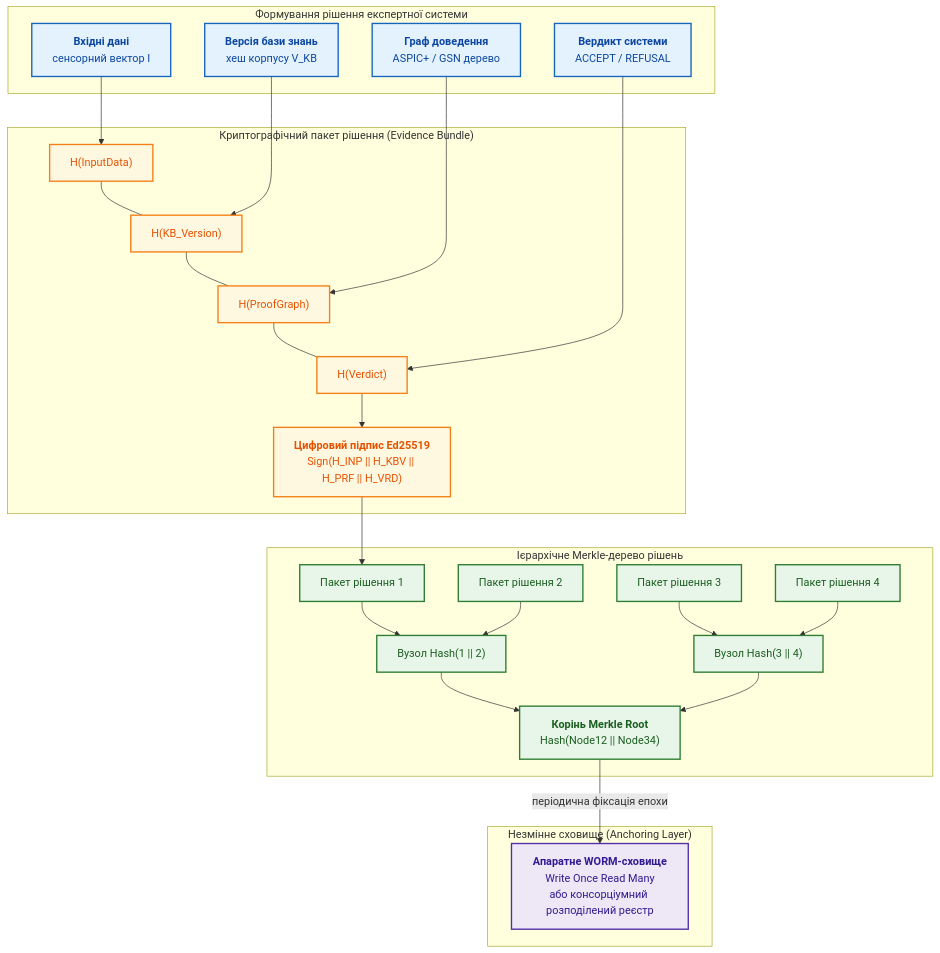
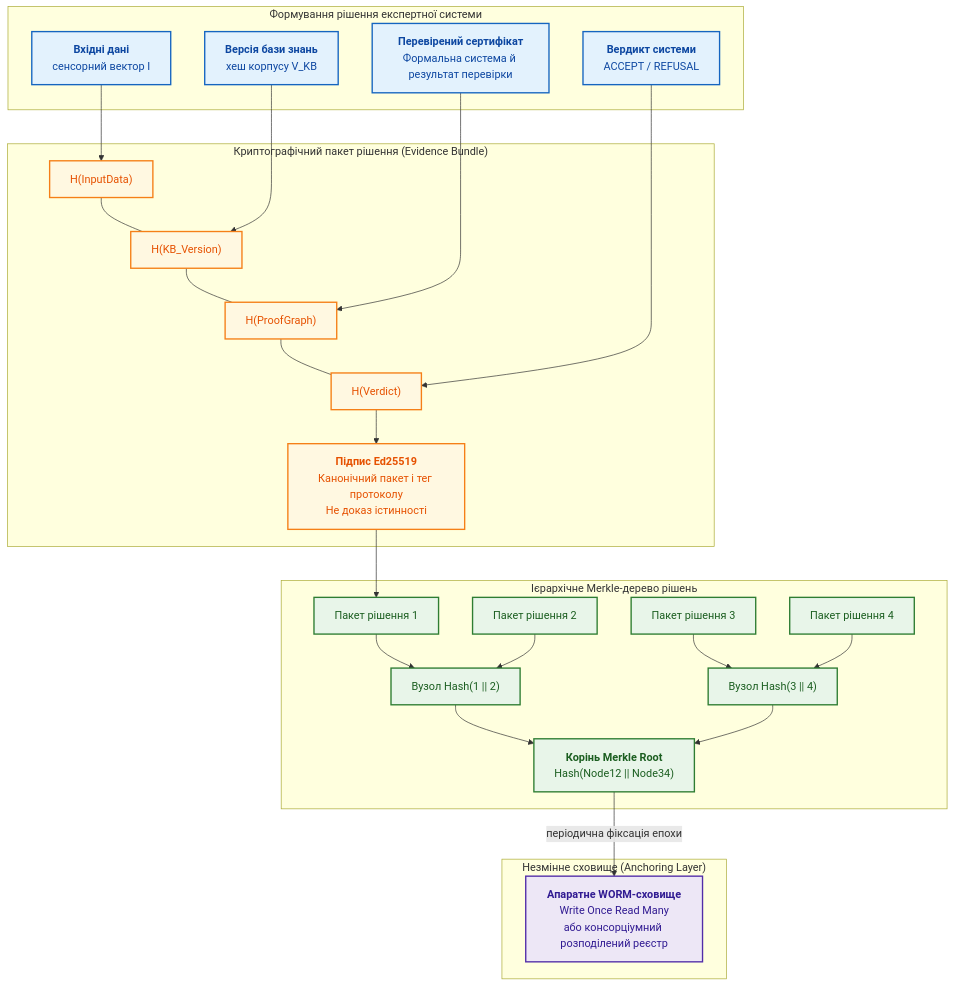
The fifth of 6 diagrams in ExpertSystem/ch40-distributed-epistemic-architectures-soa-and-cluster-scaling.md (nick-fedchik/articles), drawn with Mermaid before and after one commit. The commit also changed other lines of this file and 7 other files, not shown here.

````diff
--- a/ExpertSystem/ch40-distributed-epistemic-architectures-soa-and-cluster-scaling.md
+++ b/ExpertSystem/ch40-distributed-epistemic-architectures-soa-and-cluster-scaling.md
@@ -622,62 +833,62 @@
 ```mermaid
 flowchart TD
     accTitle: Архітектура незмінного журналу рішень на базі Merkle-дерев
     accDescr: Чотирикомпонентний пакет доказів рішення хешується та підписується Ed25519, об'єднується у Merkle-дерево і періодично фіксується у сховищі WORM.
 
     subgraph Decision["Формування рішення експертної системи"]
         INP["<b>Вхідні дані</b><br/>сенсорний вектор I"]
         KBV["<b>Версія бази знань</b><br/>хеш корпусу V_KB"]
-        PRF["<b>Граф доведення</b><br/>ASPIC+ / GSN дерево"]
+      PRF["<b>Перевірений сертифікат</b><br/>Формальна система й результат перевірки"]
         VRD["<b>Вердикт системи</b><br/>ACCEPT / REFUSAL"]
     end
 
     subgraph Bundle["Криптографічний пакет рішення (Evidence Bundle)"]
         H_INP["H(InputData)"]
         H_KBV["H(KB_Version)"]
         H_PRF["H(ProofGraph)"]
         H_VRD["H(Verdict)"]
-        SIG["<b>Цифровий підпис Ed25519</b><br/>Sign(H_INP || H_KBV || H_PRF || H_VRD)"]
-        
+      SIG["<b>Підпис Ed25519</b><br/>Канонічний пакет і тег протоколу<br/>Не доказ істинності"]
+
         H_INP --- H_KBV --- H_PRF --- H_VRD --> SIG
     end
 
     subgraph MerkleLayer["Ієрархічне Merkle-дерево рішень"]
         LEAF1["Пакет рішення 1"]
         LEAF2["Пакет рішення 2"]
         LEAF3["Пакет рішення 3"]
         LEAF4["Пакет рішення 4"]
-        
+
         NODE12["Вузол Hash(1 || 2)"]
         NODE34["Вузол Hash(3 || 4)"]
         M_ROOT["<b>Корінь Merkle Root</b><br/>Hash(Node12 || Node34)"]
-        
+
         LEAF1 --> NODE12
         LEAF2 --> NODE12
         LEAF3 --> NODE34
         LEAF4 --> NODE34
         NODE12 --> M_ROOT
         NODE34 --> M_ROOT
     end
 
     subgraph Anchoring["Незмінне сховище (Anchoring Layer)"]
         WORM["<b>Апаратне WORM-сховище</b><br/>Write Once Read Many<br/>або консорціумний розподілений реєстр"]
     end
 
     INP --> H_INP
     KBV --> H_KBV
     PRF --> H_PRF
     VRD --> H_VRD
 
     SIG --> LEAF1
     M_ROOT -->|"періодична фіксація епохи"| WORM
 
     classDef dec fill:#e3f2fd,stroke:#1565c0,stroke-width:2px,color:#0d47a1;
     classDef bun fill:#fff8e1,stroke:#f57f17,stroke-width:2px,color:#e65100;
     classDef mer fill:#e8f5e9,stroke:#2e7d32,stroke-width:2px,color:#1b5e20;
     classDef anc fill:#ede7f6,stroke:#512da8,stroke-width:2px,color:#311b92;
 
     class INP,KBV,PRF,VRD dec;
     class H_INP,H_KBV,H_PRF,H_VRD,SIG bun;
     class LEAF1,LEAF2,LEAF3,LEAF4,NODE12,NODE34,M_ROOT mer;
     class WORM anc;
 ```
````
